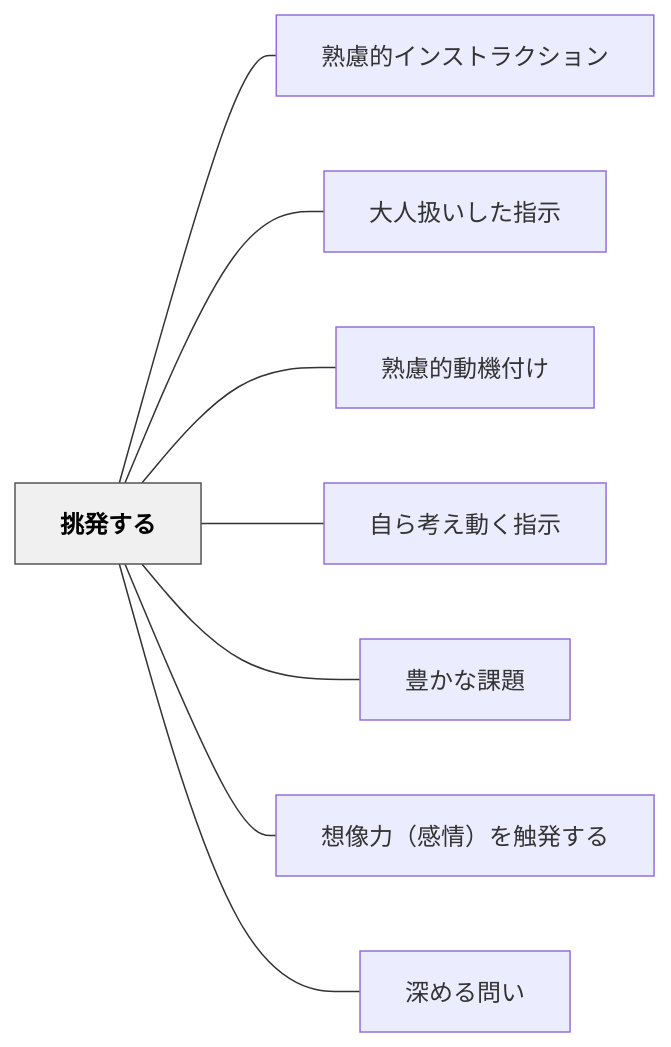
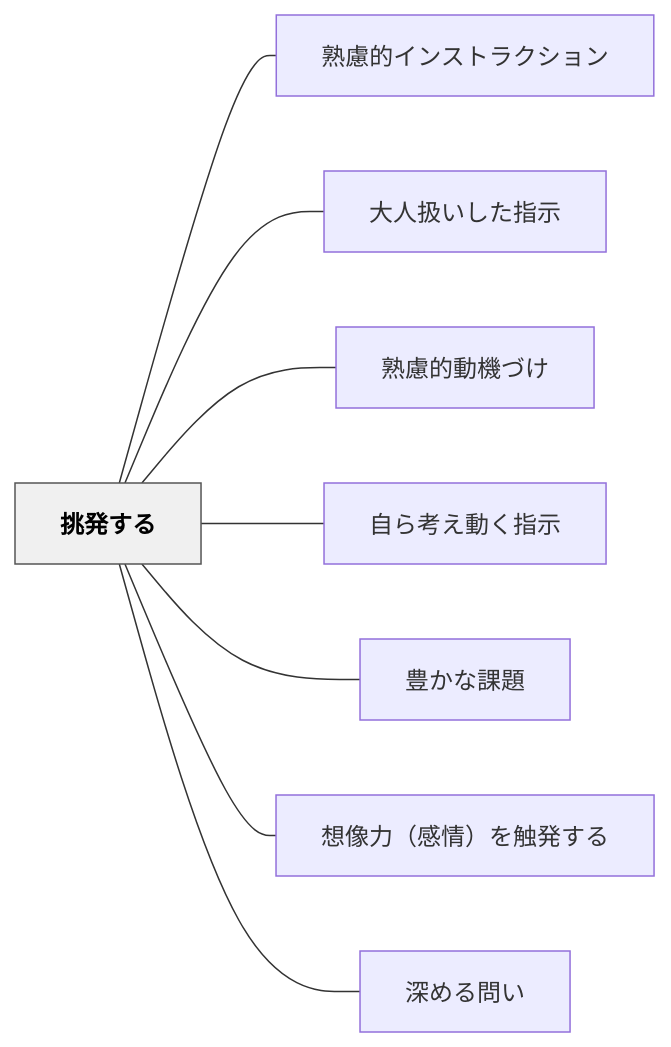
The diagram in content/パタン/挑発する.md (unknownthings-ed-patterns/unknownthings-ed-patterns), drawn with Mermaid before and after one commit. The commit also changed other lines of this file and 234 other files, not shown here.

````diff
--- a/content/パタン/挑発する.md
+++ b/content/パタン/挑発する.md
@@ -38,22 +38,22 @@
 ```mermaid
 flowchart LR
     ne68c91e799bae38199e3828b["挑発する"]
     ne7869fe685aee79a84e382a4e383b3e382b9e38388e383a9e382afe382b7e383a7e383b3["熟慮的インストラクション"]
     ne5a4a7e4babae689b1e38184e38197e3819fe68c87e7a4ba["大人扱いした指示"]
-    ne7869fe685aee79a84e58b95e6a99fe4bb98e38191["熟慮的動機付け"]
+    ne7869fe685aee79a84e58b95e6a99fe381a5e38191["熟慮的動機づけ"]
     ne887aae38289e88083e38188e58b95e3818fe68c87e7a4ba["自ら考え動く指示"]
     ne8b18ae3818be381aae8aab2e9a18c["豊かな課題"]
     ne683b3e5838fe58a9befbc88e6849fe68385efbc89e38292e8a7a6e799bae38199e3828b["想像力（感情）を触発する"]
     ne6b7b1e38281e3828be5958fe38184["深める問い"]
 
     ne68c91e799bae38199e3828b --- ne7869fe685aee79a84e382a4e383b3e382b9e38388e383a9e382afe382b7e383a7e383b3
     ne68c91e799bae38199e3828b --- ne5a4a7e4babae689b1e38184e38197e3819fe68c87e7a4ba
-    ne68c91e799bae38199e3828b --- ne7869fe685aee79a84e58b95e6a99fe4bb98e38191
+    ne68c91e799bae38199e3828b --- ne7869fe685aee79a84e58b95e6a99fe381a5e38191
     ne68c91e799bae38199e3828b --- ne887aae38289e88083e38188e58b95e3818fe68c87e7a4ba
     ne68c91e799bae38199e3828b --- ne8b18ae3818be381aae8aab2e9a18c
     ne68c91e799bae38199e3828b --- ne683b3e5838fe58a9befbc88e6849fe68385efbc89e38292e8a7a6e799bae38199e3828b
     ne68c91e799bae38199e3828b --- ne6b7b1e38281e3828be5958fe38184
 
     classDef hub fill:#f0f0f0,stroke:#555,color:#000,font-weight:bold
     class ne68c91e799bae38199e3828b hub
 ```
````
